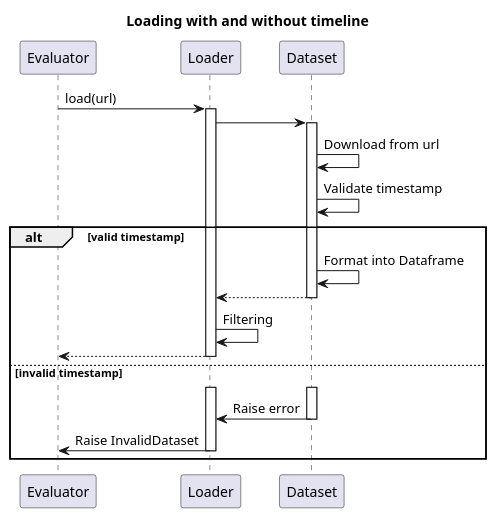
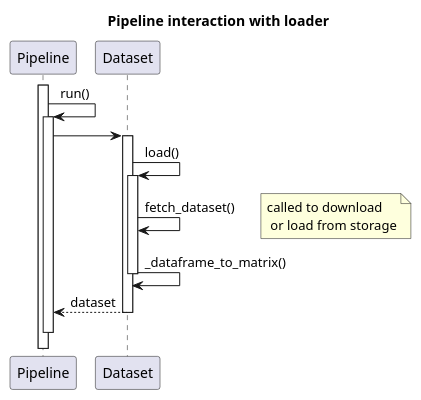
One commit to HiIAmTzeKean/Streamsight changed the second of 5 diagrams in docs/architecture_draft.md. Above: the diagram before and after it, drawn with PlantUML. The commit also changed other lines of this file and 20 other files, not shown here.

````diff
--- a/docs/architecture_draft.md
+++ b/docs/architecture_draft.md
@@ -107,27 +78,14 @@
 ```plantuml
-@startuml Loading with and without timeline
-title Loading with and without timeline
-Evaluator -> Loader : load(url)
-activate Loader
-Loader -> Dataset
-
-activate Dataset
-Dataset -> Dataset : Download from url
-Dataset -> Dataset : Validate timestamp
-alt valid timestamp
-    Dataset -> Dataset : Format into Dataframe
-    Dataset --> Loader --
-
-    Loader -> Loader : Filtering
-
-    Loader --> Evaluator --
-else invalid timestamp
-    Dataset -[hidden]> Loader ++
-    activate Dataset
-
-    Dataset -> Loader --: Raise error
-    Loader -> Evaluator --: Raise InvalidDataset
-end
-
+@startuml
+title Pipeline interaction with loader
+activate Pipeline
+Pipeline -> Pipeline ++: run()
+Pipeline -> Dataset ++
+Dataset -> Dataset ++ : load()
+Dataset -> Dataset: fetch_dataset()
+note right: called to download \n or load from storage
+Dataset -> Dataset -- : _dataframe_to_matrix()
+Dataset --> Pipeline -- : dataset
+Pipeline -[hidden]-> Pipeline --
 @enduml
 ```
````
